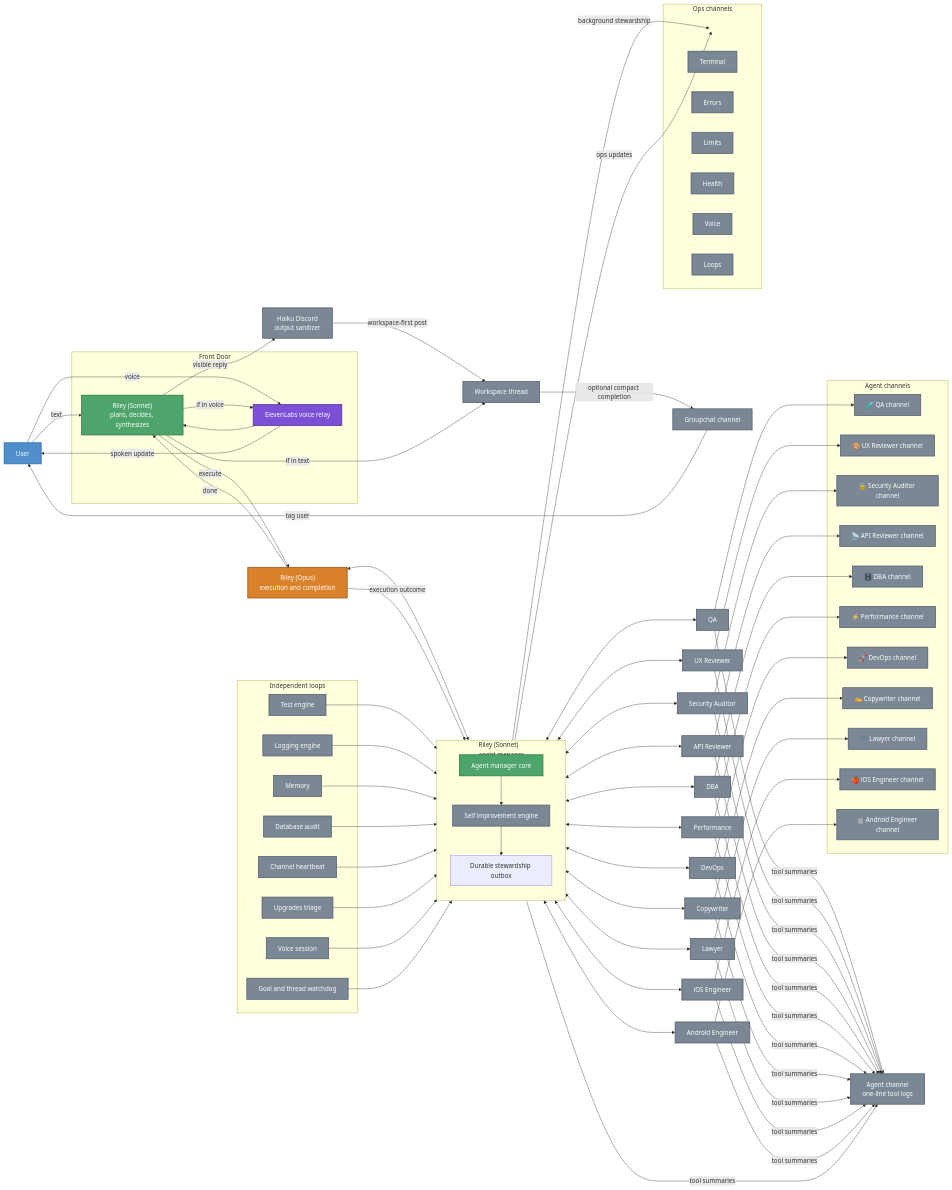
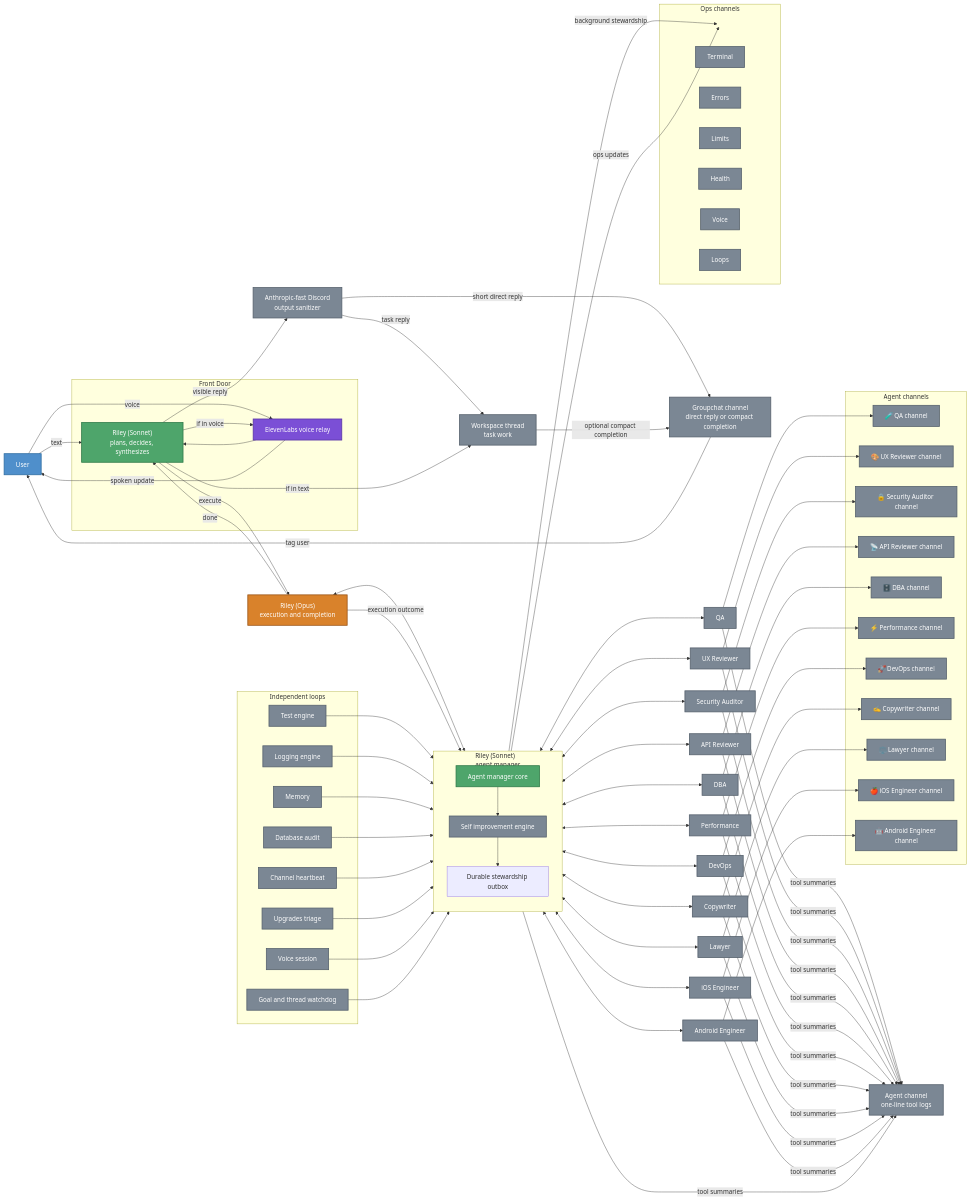
The diagram in README.md (jflessenkemper/ASAP-discord), drawn with Mermaid before and after one commit. The commit also changed other lines of this file and 9 other files, not shown here.

Commit message:
Fix Discord routing and update diagrams

```diff
--- a/README.md
+++ b/README.md
@@ -34,9 +34,9 @@
 flowchart LR
     User[User]
     Opus["Riley (Opus)<br/>execution and completion"]
-    Groupchat[Groupchat channel]
-    Workspace[Workspace thread]
-    OutputSanitizer["Haiku Discord<br/>output sanitizer"]
+    Groupchat[Groupchat channel<br/>direct reply or compact completion]
+    Workspace[Workspace thread<br/>task work]
+    OutputSanitizer["Anthropic-fast Discord<br/>output sanitizer"]
     ToolLogs["Agent channel<br/>one-line tool logs"]
     QAAgent[QA]
     UXAgent[UX Reviewer]
@@ -139,7 +139,8 @@
     SelfImproveEngine -->|ops updates| OpsHub
     Opus -->|done| Riley
     Riley -->|visible reply| OutputSanitizer
-    OutputSanitizer -->|workspace-first post| Workspace
+    OutputSanitizer -->|short direct reply| Groupchat
+    OutputSanitizer -->|task reply| Workspace
     Workspace -->|optional compact completion| Groupchat
     AgentManagerCore -->|tool summaries| ToolLogs
     QAAgent -->|tool summaries| ToolLogs
```
